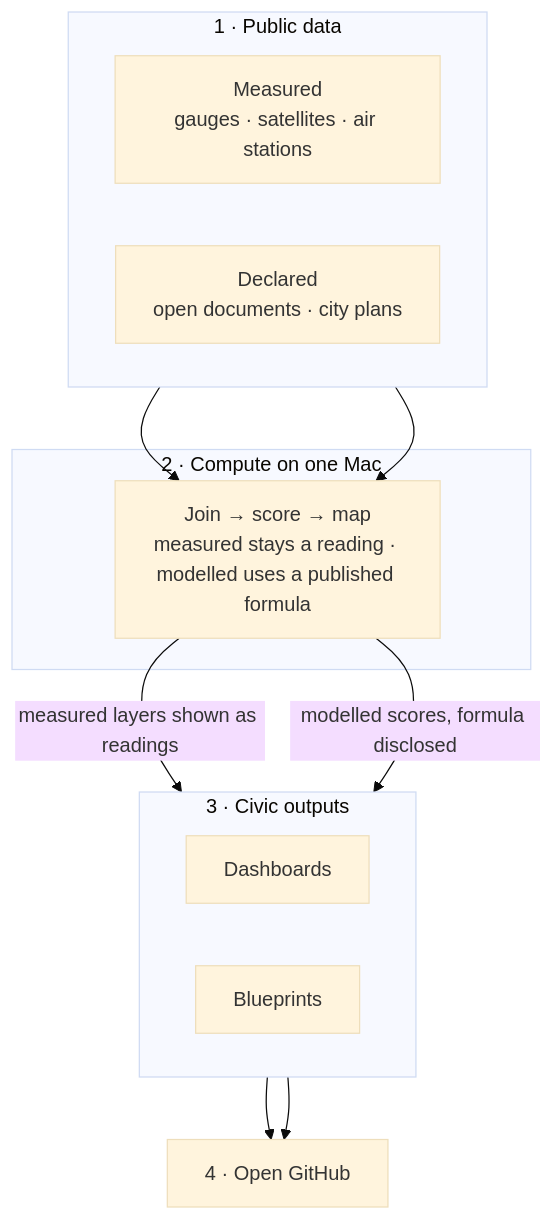
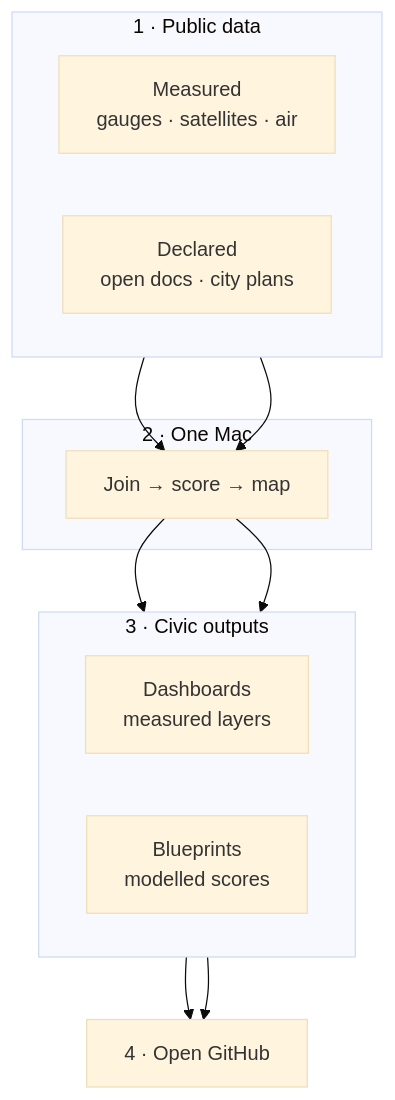
One commit to Nonarkara/Nonarkara changed the first of 2 diagrams in README.md. Above: the diagram before and after it, drawn with Mermaid (base theme). The commit also changed other lines of this file, not shown here.

First line of the commit message:
Tighten mermaid labels so GitHub diagrams stay readable.

````diff
--- a/README.md
+++ b/README.md
@@ -43,27 +43,27 @@
 ```mermaid
 flowchart TB
   subgraph IN["1 · Public data"]
     direction LR
-    MEAS["Measured<br/>gauges · satellites · air stations"]
-    DECL["Declared<br/>open documents · city plans"]
+    MEAS["Measured<br/>gauges · satellites · air"]
+    DECL["Declared<br/>open docs · city plans"]
   end
 
-  subgraph MAC["2 · Compute on one Mac"]
-    JOIN["Join → score → map<br/>measured stays a reading · modelled uses a published formula"]
+  subgraph MAC["2 · One Mac"]
+    JOIN["Join → score → map"]
   end
 
   subgraph OUT["3 · Civic outputs"]
     direction LR
-    DASH["Dashboards"]
-    BLUE["Blueprints"]
+    DASH["Dashboards<br/>measured layers"]
+    BLUE["Blueprints<br/>modelled scores"]
   end
 
   GH["4 · Open GitHub"]
 
   MEAS --> JOIN
   DECL --> JOIN
-  JOIN -->|"measured layers shown as readings"| DASH
-  JOIN -->|"modelled scores, formula disclosed"| BLUE
+  JOIN --> DASH
+  JOIN --> BLUE
   DASH --> GH
   BLUE --> GH
 ```
````
